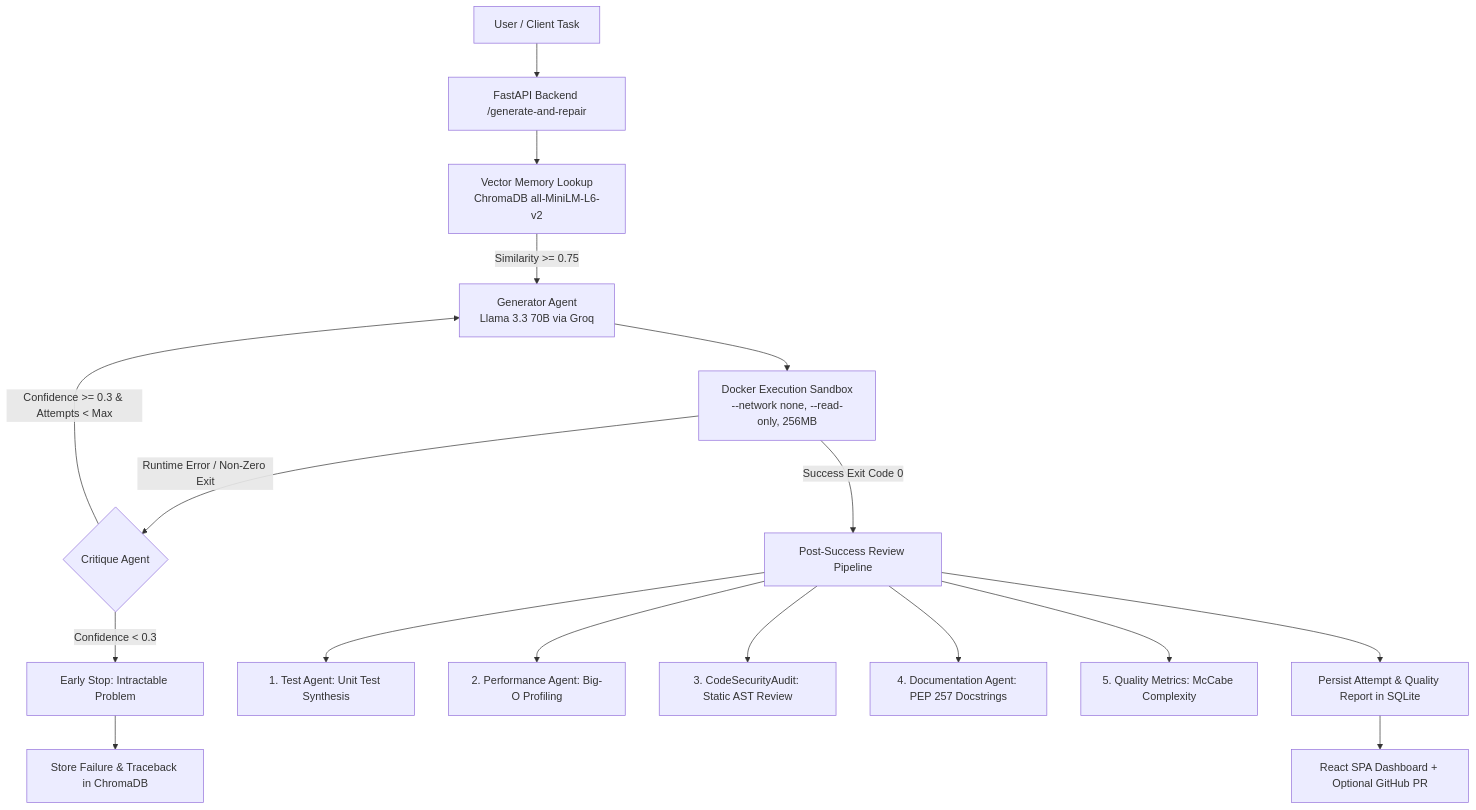
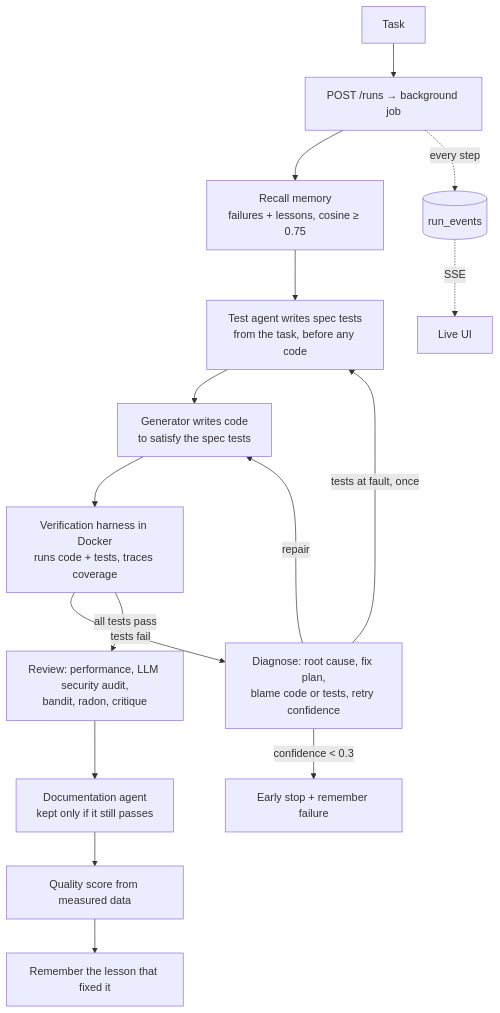
Before and after one commit to FarhanAaqil/self-improving-agent: the diagram in README.md, drawn with Mermaid. The commit also changed other lines of this file and 11 other files, not shown here.

````diff
--- a/README.md
+++ b/README.md
@@ -123,22 +123,17 @@
 ```mermaid
 graph TD
-    A[User / Client Task] --> B[FastAPI Backend /generate-and-repair]
-    B --> C[Vector Memory Lookup<br/>ChromaDB all-MiniLM-L6-v2]
-    C -->|Similarity >= 0.75| D[Generator Agent<br/>Llama 3.3 70B via Groq]
-    D --> E[Docker Execution Sandbox<br/>--network none, --read-only, 256MB]
-    
-    E -->|Runtime Error / Non-Zero Exit| F{Critique Agent}
-    F -->|Confidence < 0.3| G[Early Stop: Intractable Problem]
-    F -->|Confidence >= 0.3 & Attempts < Max| D
-    
-    E -->|Success Exit Code 0| H[Post-Success Review Pipeline]
-    H --> I[1. Test Agent: Unit Test Synthesis]
-    H --> J[2. Performance Agent: Big-O Profiling]
-    H --> K[3. CodeSecurityAudit: Static AST Review]
-    H --> L[4. Documentation Agent: PEP 257 Docstrings]
-    H --> M[5. Quality Metrics: McCabe Complexity]
-    
-    H --> N[Persist Attempt & Quality Report in SQLite]
-    G --> O[Store Failure & Traceback in ChromaDB]
-    N --> P[React SPA Dashboard + Optional GitHub PR]
+    A[Task] --> B[POST /runs → background job]
+    B --> C[Recall memory<br/>failures + lessons, cosine ≥ 0.75]
+    C --> D[Test agent writes spec tests<br/>from the task, before any code]
+    D --> E[Generator writes code<br/>to satisfy the spec tests]
+    E --> F[Verification harness in Docker<br/>runs code + tests, traces coverage]
+    F -->|tests fail| G[Diagnose: root cause, fix plan,<br/>blame code or tests, retry confidence]
+    G -->|confidence < 0.3| H[Early stop + remember failure]
+    G -->|tests at fault, once| D
+    G -->|repair| E
+    F -->|all tests pass| I[Review: performance, LLM security audit,<br/>bandit, radon, critique]
+    I --> J[Documentation agent<br/>kept only if it still passes]
+    J --> K[Quality score from measured data]
+    K --> L[Remember the lesson that fixed it]
+    B -.every step.-> M[(run_events)] -.SSE.-> N[Live UI]
 ```
````
